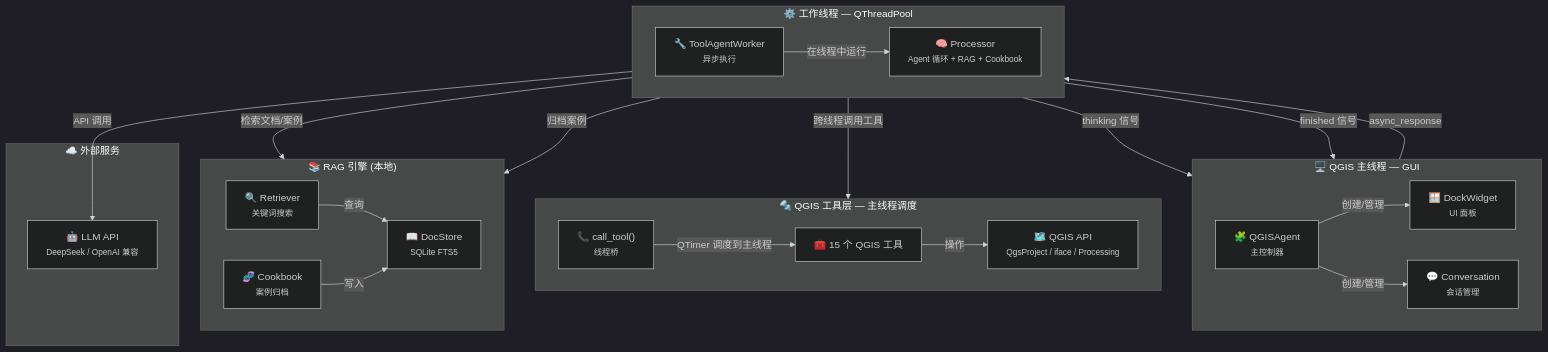
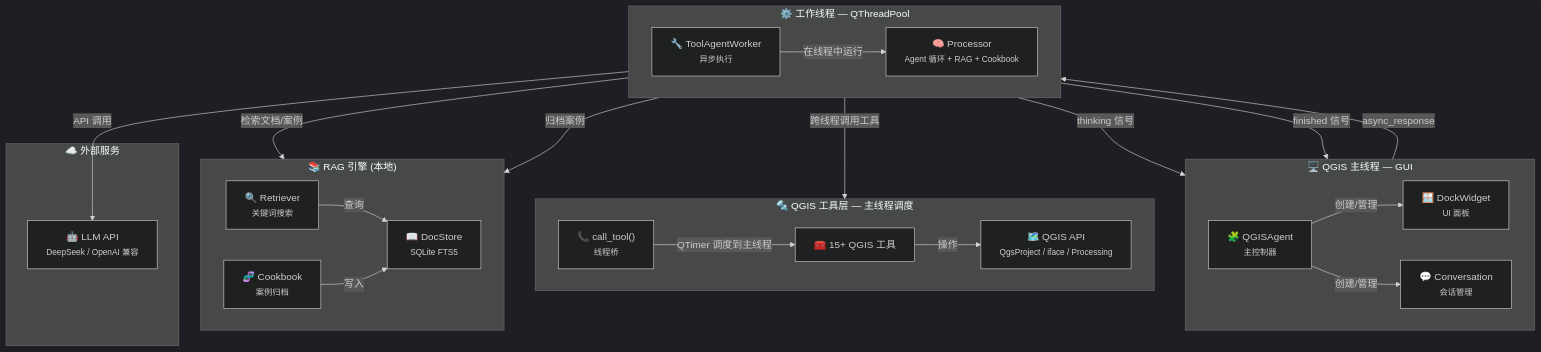
The diagram in README.md (bunkmr/qgis-agent), drawn with Mermaid (dark theme) before and after one commit. The commit also changed other lines of this file and 31 other files, not shown here.

````diff
--- a/README.md
+++ b/README.md
@@ -28,48 +30,48 @@
 ```mermaid
 graph TB
     subgraph UI["🖥️ QGIS 主线程 — GUI"]
         direction LR
         A["🧩 QGISAgent<br/><small>主控制器</small>"]
         B["🪟 DockWidget<br/><small>UI 面板</small>"]
         C["💬 Conversation<br/><small>会话管理</small>"]
     end
 
     subgraph WORKER["⚙️ 工作线程 — QThreadPool"]
         direction LR
         D["🔧 ToolAgentWorker<br/><small>异步执行</small>"]
         E["🧠 Processor<br/><small>Agent 循环 + RAG + Cookbook</small>"]
     end
 
     subgraph TOOLS["🔩 QGIS 工具层 — 主线程调度"]
         direction LR
         F["📞 call_tool()<br/><small>线程桥</small>"]
-        G["🧰 15 个 QGIS 工具"]
+        G["🧰 15+ QGIS 工具"]
         H["🗺️ QGIS API<br/><small>QgsProject / iface / Processing</small>"]
     end
 
     subgraph RAG["📚 RAG 引擎 (本地)"]
         direction LR
         J["📖 DocStore<br/><small>SQLite FTS5</small>"]
         K["🔍 Retriever<br/><small>关键词搜索</small>"]
         L["🧬 Cookbook<br/><small>案例归档</small>"]
     end
 
     subgraph EXT["☁️ 外部服务"]
         I["🤖 LLM API<br/><small>DeepSeek / OpenAI 兼容</small>"]
     end
 
     A -->|创建/管理| B
     A -->|创建/管理| C
     C -->|async_response| D
     D -->|在线程中运行| E
     E -->|API 调用| I
     E -->|检索文档/案例| K
     K -->|查询| J
     E -->|跨线程调用工具| F
     F -->|QTimer 调度到主线程| G
     G -->|操作| H
     E -->|归档案例| L
     L -->|写入| J
     E -->|thinking 信号| B
     E -->|finished 信号| A
 ```
````
